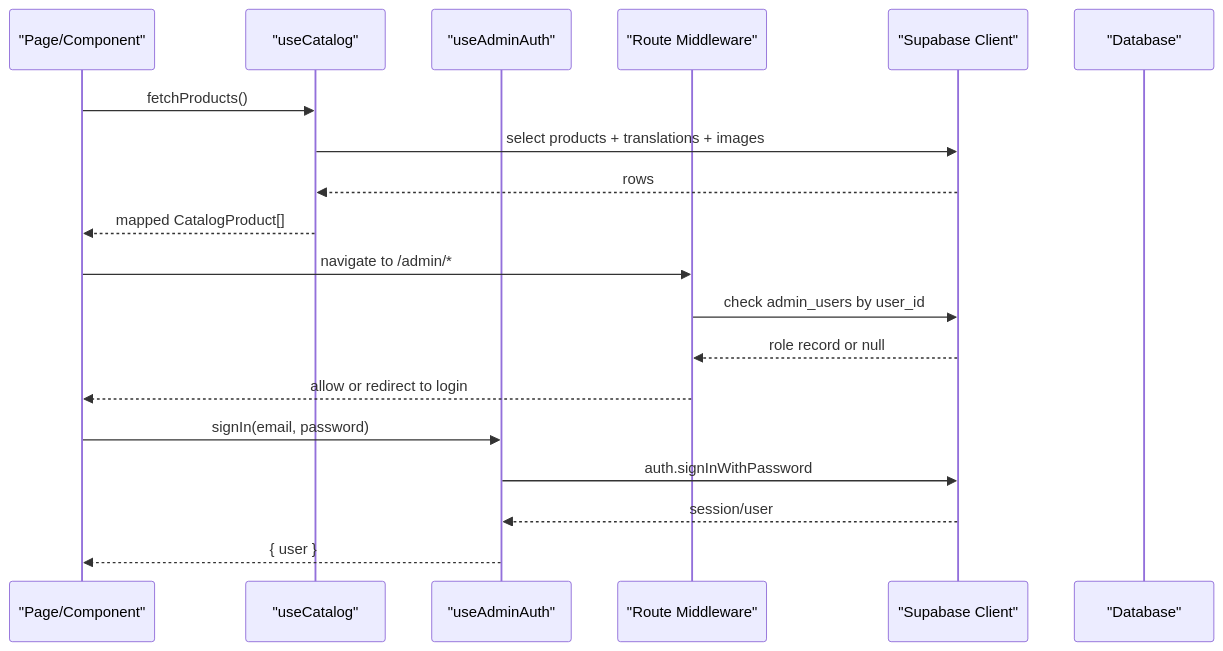
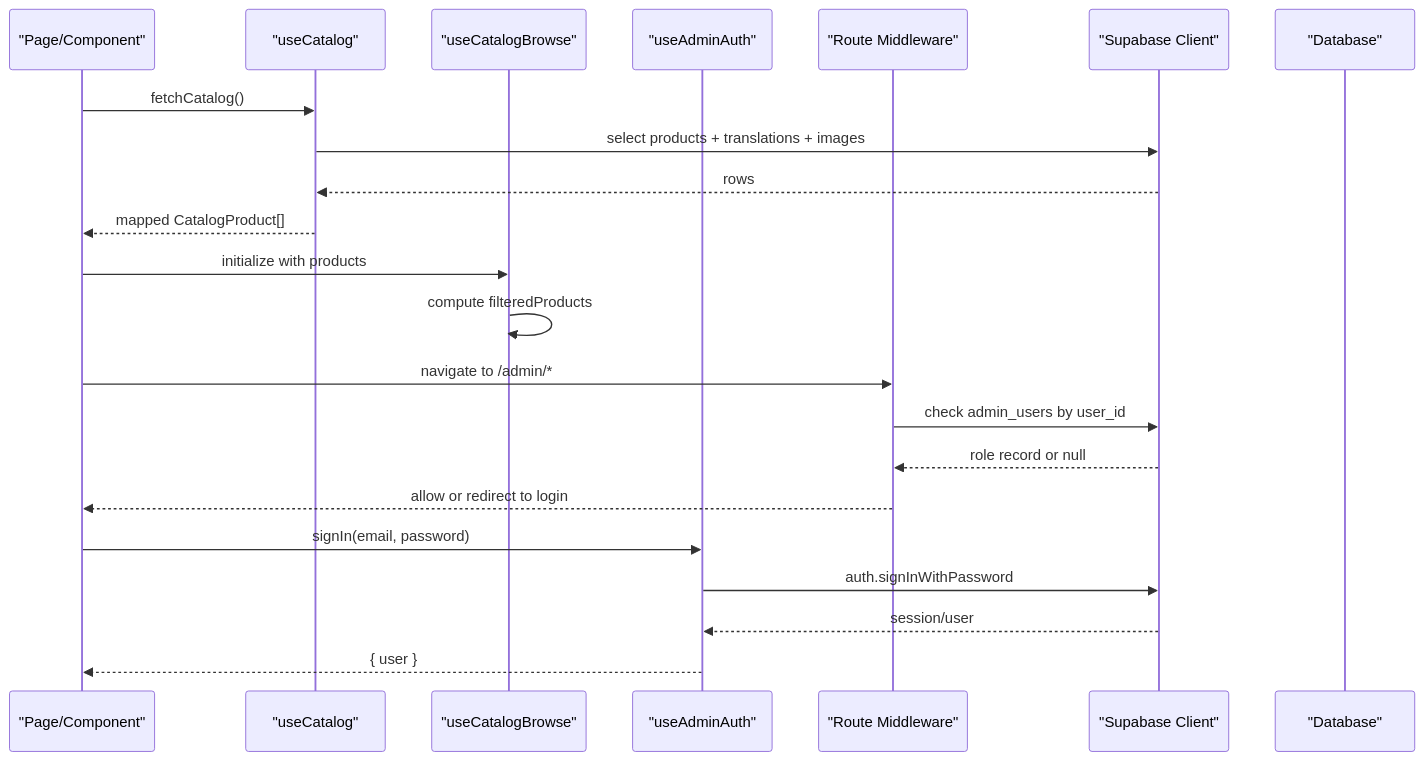
The second of 8 diagrams in .qoder/repowiki/en/content/Architecture & Design/Frontend Architecture/State Management & Composables.md (RaccoonPie-314/Raccoon-Gear-Bin), drawn with Mermaid before and after one commit. The commit also changed other lines of this file and 65 other files, not shown here.

````diff
--- a/.qoder/repowiki/en/content/Architecture & Design/Frontend Architecture/State Management & Composables.md
+++ b/.qoder/repowiki/en/content/Architecture & Design/Frontend Architecture/State Management & Composables.md
@@ -93,21 +110,24 @@
 ```mermaid
 sequenceDiagram
 participant Page as "Page/Component"
 participant Catalog as "useCatalog"
+participant Browse as "useCatalogBrowse"
 participant Auth as "useAdminAuth"
 participant MW as "Route Middleware"
 participant SB as "Supabase Client"
 participant DB as "Database"
-Page->>Catalog : fetchProducts()
+Page->>Catalog : fetchCatalog()
 Catalog->>SB : select products + translations + images
 SB-->>Catalog : rows
 Catalog-->>Page : mapped CatalogProduct[]
+Page->>Browse : initialize with products
+Browse->>Browse : compute filteredProducts
 Page->>MW : navigate to /admin/*
 MW->>SB : check admin_users by user_id
 SB-->>MW : role record or null
 MW-->>Page : allow or redirect to login
 Page->>Auth : signIn(email, password)
 Auth->>SB : auth.signInWithPassword
 SB-->>Auth : session/user
 Auth-->>Page : { user }
 ```
````
